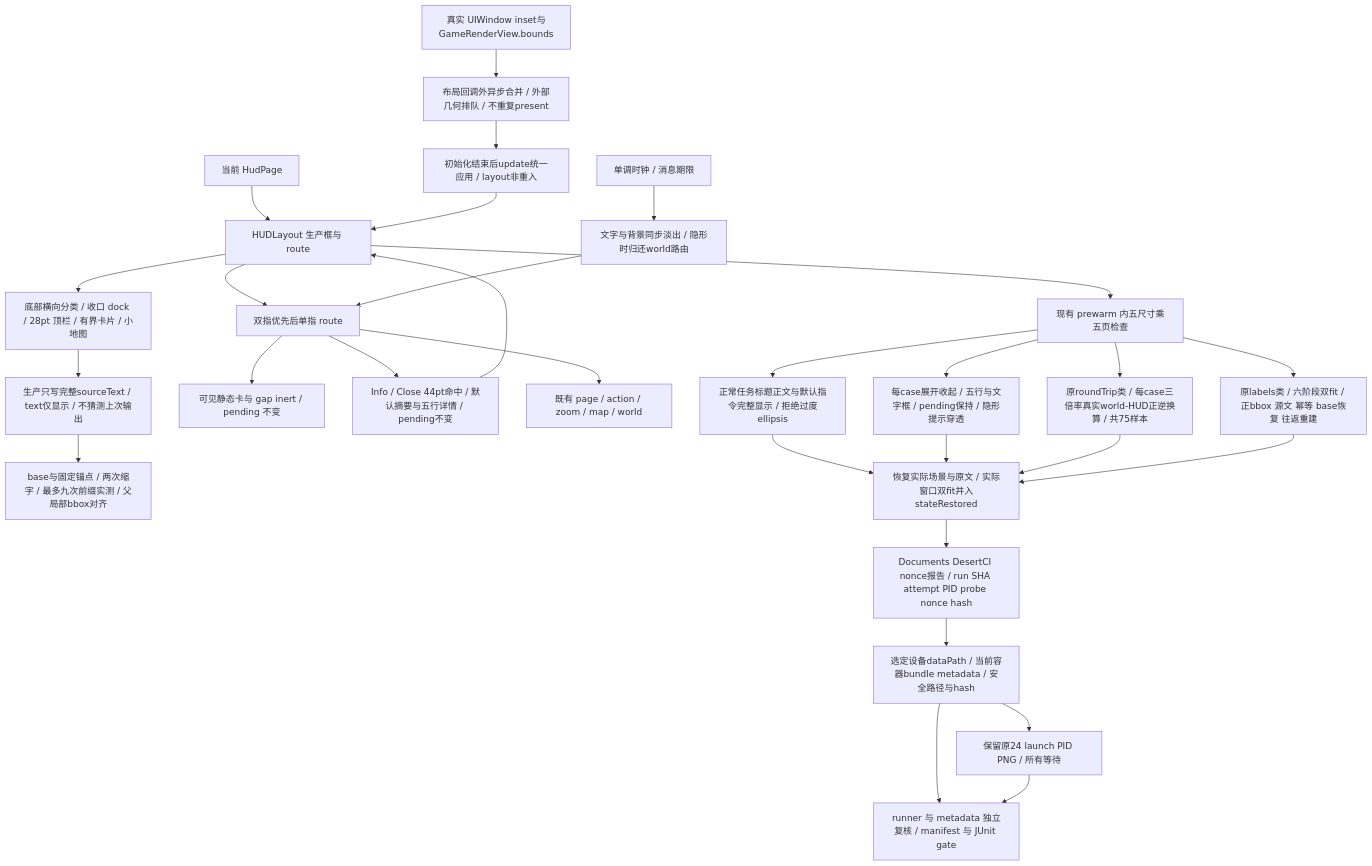
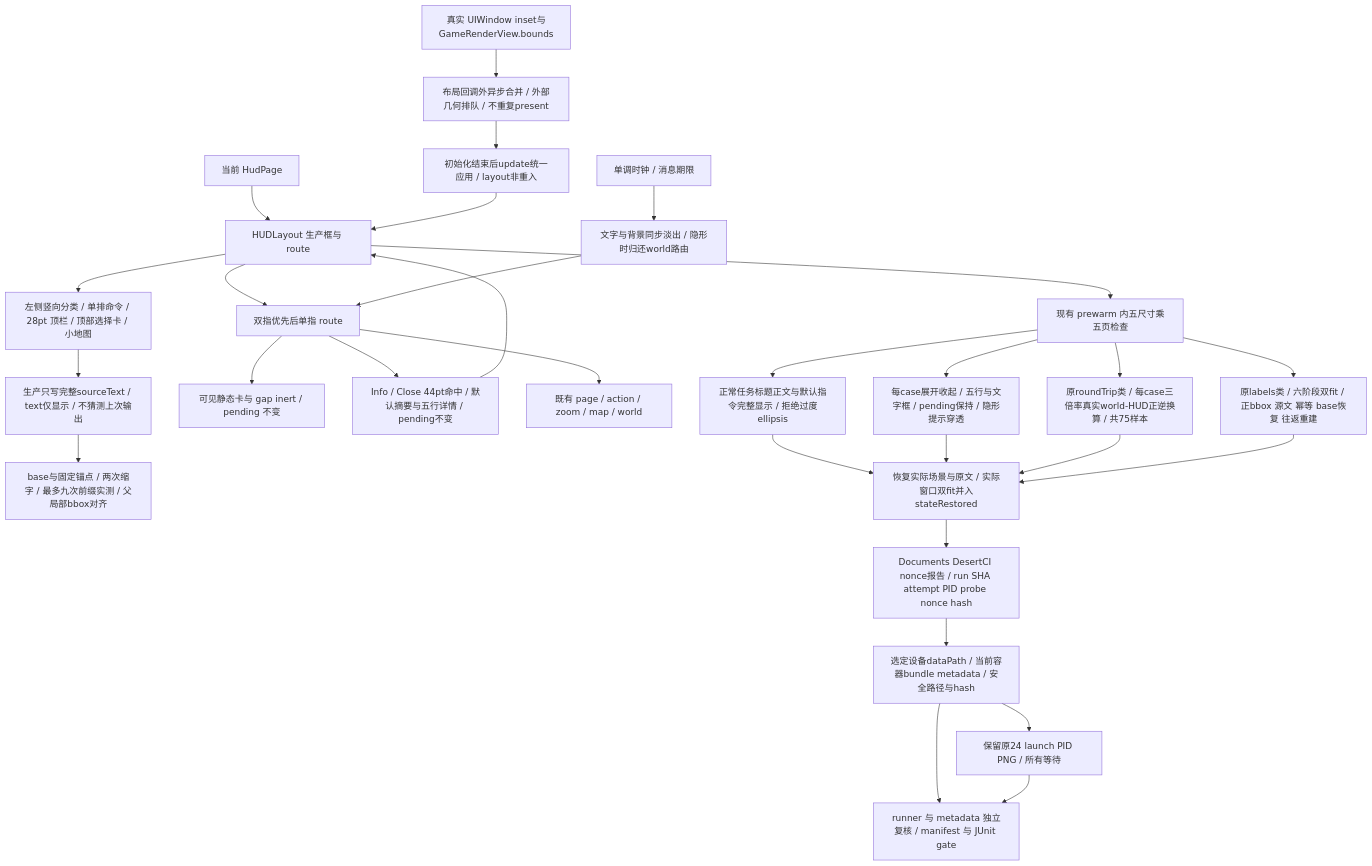
The fourth of 19 diagrams in md/flow/flowchart.md (Altman-sam114/1145), drawn with Mermaid before and after one commit. The commit also changed other lines of this file and 7 other files, not shown here.

````diff
--- a/md/flow/flowchart.md
+++ b/md/flow/flowchart.md
@@ -195,31 +195,31 @@
 ```mermaid
 flowchart TD
   Window[真实 UIWindow inset与GameRenderView.bounds] --> Pending[布局回调外异步合并 / 外部几何排队 / 不重复present]
   Pending --> SceneInsets[初始化结束后update统一应用 / layout非重入]
   Page[当前 HudPage] --> Layout[HUDLayout 生产框与 route]
   SceneInsets --> Layout
-  Layout --> Draw[底部横向分类 / 收口 dock / 28pt 顶栏 / 有界卡片 / 小地图]
+  Layout --> Draw[左侧竖向分类 / 单排命令 / 28pt 顶栏 / 顶部选择卡 / 小地图]
   Draw --> Source[生产只写完整sourceText / text仅显示 / 不猜测上次输出]
   Source --> Fit[base与固定锚点 / 两次缩字 / 最多九次前缀实测 / 父局部bbox对齐]
   Layout --> Touch[双指优先后单指 route]
   Touch --> Inert[可见静态卡与 gap inert / pending 不变]
   Touch --> Details[Info / Close 44pt命中 / 默认摘要与五行详情 / pending不变]
   Details --> Layout
   Clock[单调时钟 / 消息期限] --> Toast[文字与背景同步淡出 / 隐形时归还world路由]
   Toast --> Touch
   Touch --> Command[既有 page / action / zoom / map / world]
   Layout --> SwiftContract[现有 prewarm 内五尺寸乘五页检查]
   SwiftContract --> LabelAudit[原labels类 / 六阶段双fit / 正bbox 源文 幂等 base恢复 往返重建]
   SwiftContract --> ViewportAudit[原roundTrip类 / 每case三倍率真实world-HUD正逆换算 / 共75样本]
   SwiftContract --> DisclosureAudit[每case展开收起 / 五行与文字框 / pending保持 / 隐形提示穿透]
   SwiftContract --> Readable[正常任务标题正文与默认指令完整显示 / 拒绝过度ellipsis]
   Readable --> Restore
   DisclosureAudit --> Restore
   ViewportAudit --> Restore
   LabelAudit --> Restore[恢复实际场景与原文 / 实际窗口双fit并入stateRestored]
   Restore --> JSON[Documents DesertCI nonce报告 / run SHA attempt PID probe nonce hash]
   JSON --> Read[选定设备dataPath / 当前容器bundle metadata / 安全路径与hash]
   Read --> Gate[runner 与 metadata 独立复核 / manifest 与 JUnit gate]
   Read --> Capture[保留原24 launch PID PNG / 所有等待]
   Capture --> Gate
 ```
````
